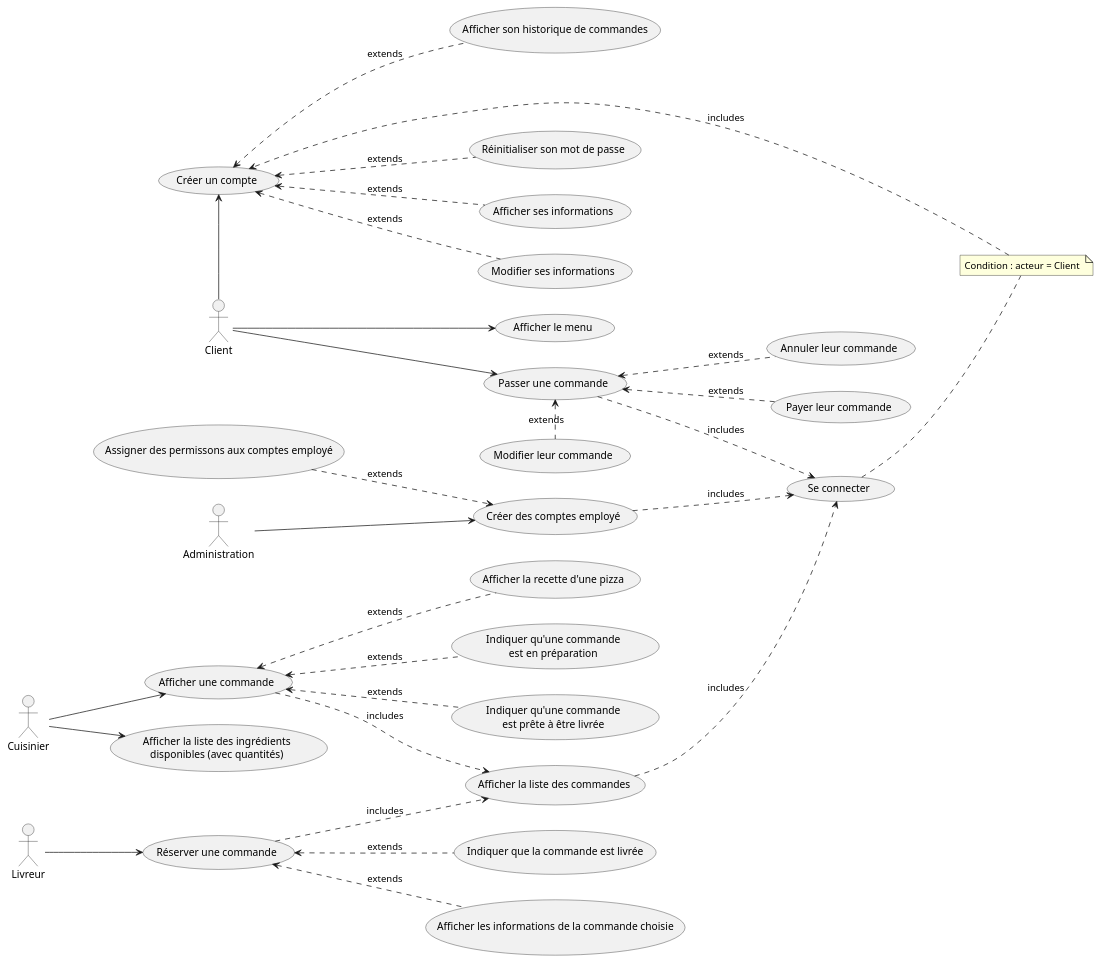
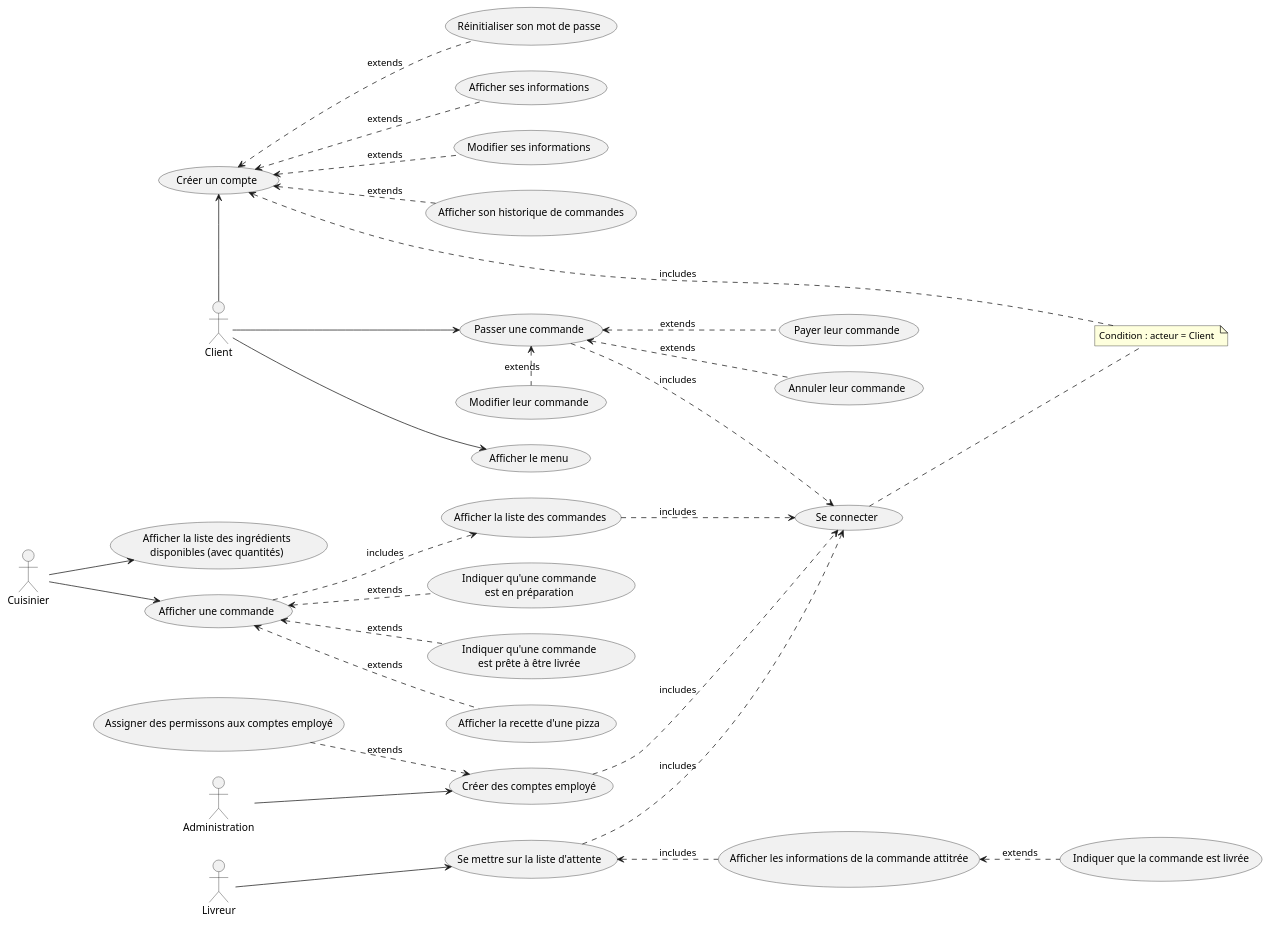
Before and after one commit to Gumpah/project_6: the diagram in diagrams/use_case_diagram.puml, drawn with PlantUML. The commit also changed 7 other files, not shown here.

Commit message:
Updating diagrams

```diff
--- a/diagrams/use_case_diagram.puml
+++ b/diagrams/use_case_diagram.puml
@@ -1,73 +1,74 @@
 @startuml
 'https://plantuml.com/use-case-diagram
 
 left to right direction
 
 usecase "Créer un compte" as UC1
 usecase "Afficher le menu" as UC2
 usecase "Passer une commande" as UC3
 usecase "Payer leur commande" as UC4
 usecase "Modifier leur commande" as UC5
 usecase "Annuler leur commande" as UC6
 usecase "Se connecter" as UC7
 usecase "Afficher la liste des commandes" as UC8
 usecase "Afficher la liste des ingrédients\ndisponibles (avec quantités)" as UC9
 usecase "Afficher une commande" as UC10
 usecase "Indiquer qu'une commande\nest en préparation"  as UC11
 usecase "Indiquer qu'une commande\nest prête à être livrée" as UC12
 usecase "Afficher la recette d'une pizza" as UC13
 usecase "Créer des comptes employé" as UC14
 usecase "Assigner des permissons aux comptes employé" as UC15
-usecase "Réserver une commande" as UC16
+usecase "Se mettre sur la liste d'attente" as UC16
 usecase "Indiquer que la commande est livrée" as UC17
-usecase "Afficher les informations de la commande choisie" as UC18
+usecase "Afficher les informations de la commande attitrée" as UC18
 usecase "Réinitialiser son mot de passe" as UC19
 usecase "Afficher ses informations" as UC20
 usecase "Modifier ses informations" as UC21
 usecase "Afficher son historique de commandes" as UC22
 
 :Administration: as Admin
 
 Client --> UC2
 Client --> UC3
 Client -left-> UC1
 
 UC1 <.. UC19 : extends
 UC1 <.. UC20 : extends
 UC1 <.. UC21 : extends
 UC1 <.. UC22 : extends
 
 UC3 <.. UC4 : extends
 UC3 <. UC5 : extends
 UC3 <.. UC6 : extends
 
 Admin --> UC14
 
 UC15 ..> UC14 : extends
 
 Livreur --> UC16
 
-UC16 <.. UC17 : extends
-UC16 <.. UC18 : extends
+UC18 <.. UC17 : extends
+UC16 <.. UC18 : includes
+UC16 ..> UC7 : includes
 
 Cuisinier --> UC9
 Cuisinier --> UC10
 
 UC10 <.. UC11 : extends
 UC10 <.. UC12 : extends
 UC10 <.. UC13 : extends
 
 UC10 ..> UC8 : includes
 UC8 ..> UC7 : includes
 
 UC3 ..> UC7 : includes
 
 note "Condition : acteur = Client " as N1
 UC7 .. N1
 N1 ..> UC1 : includes
 
 
-UC16 ..> UC8 : includes
+
 
 UC14 ..> UC7 : includes
 @enduml
```
